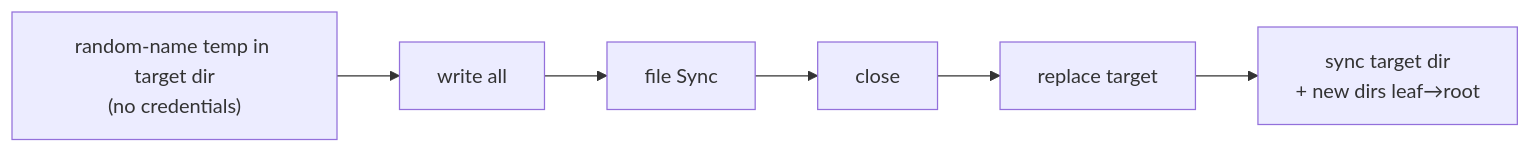
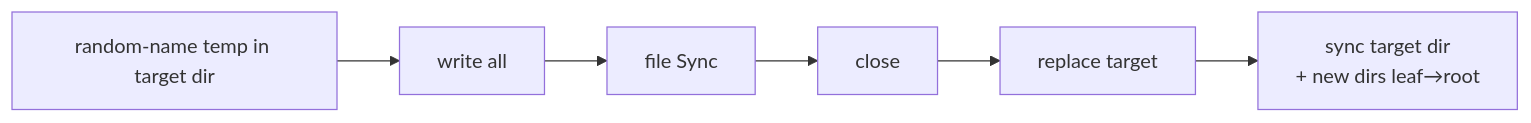
One commit to FlanChanXwO/pixiv-cli changed the fourth of 5 diagrams in docs/en/maintainers/architecture.md. Above: the diagram before and after it, drawn with Mermaid. The commit also changed other lines of this file and 73 other files, not shown here.

````diff
--- a/docs/en/maintainers/architecture.md
+++ b/docs/en/maintainers/architecture.md
@@ -255,4 +244,4 @@
 ```mermaid
 flowchart LR
-    T["random-name temp in target dir<br/>(no credentials)"] --> W["write all"] --> S["file Sync"] --> C["close"] --> R["replace target"] --> D["sync target dir<br/>+ new dirs leaf→root"]
+    T["random-name temp in target dir"] --> W["write all"] --> S["file Sync"] --> C["close"] --> R["replace target"] --> D["sync target dir<br/>+ new dirs leaf→root"]
 ```
````
